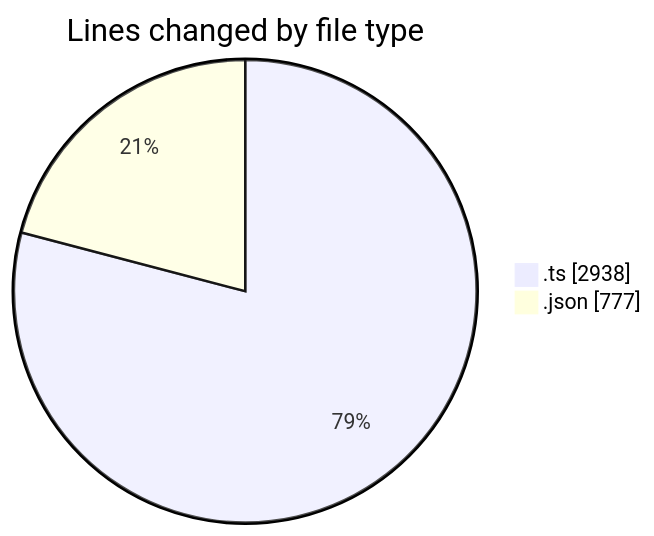
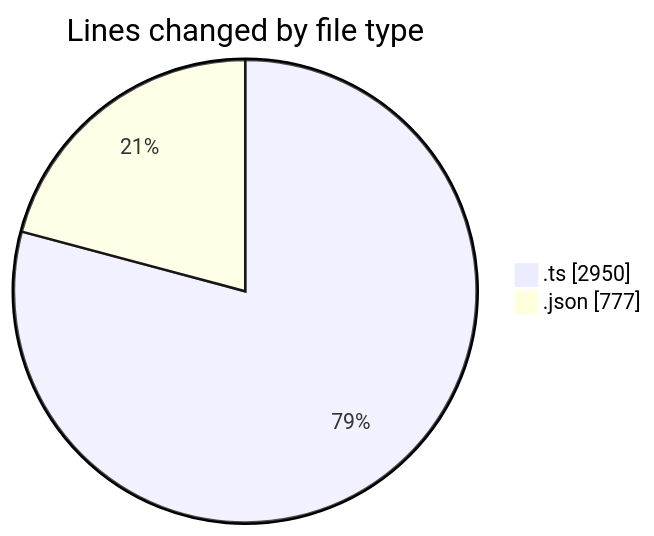
The first of 2 diagrams in 2025-04-30/masm-lsp/README.md (charlie-sans/code-tracking), drawn with Mermaid before and after one commit. The commit also changed other lines of this file and 1 other file, not shown here.

````diff
--- a/2025-04-30/masm-lsp/README.md
+++ b/2025-04-30/masm-lsp/README.md
@@ -22,6 +22,6 @@
 ```mermaid
 pie showData
 title Lines changed by file type
-".ts" : 2938
+".ts" : 2950
 ".json" : 777
 ```
````
